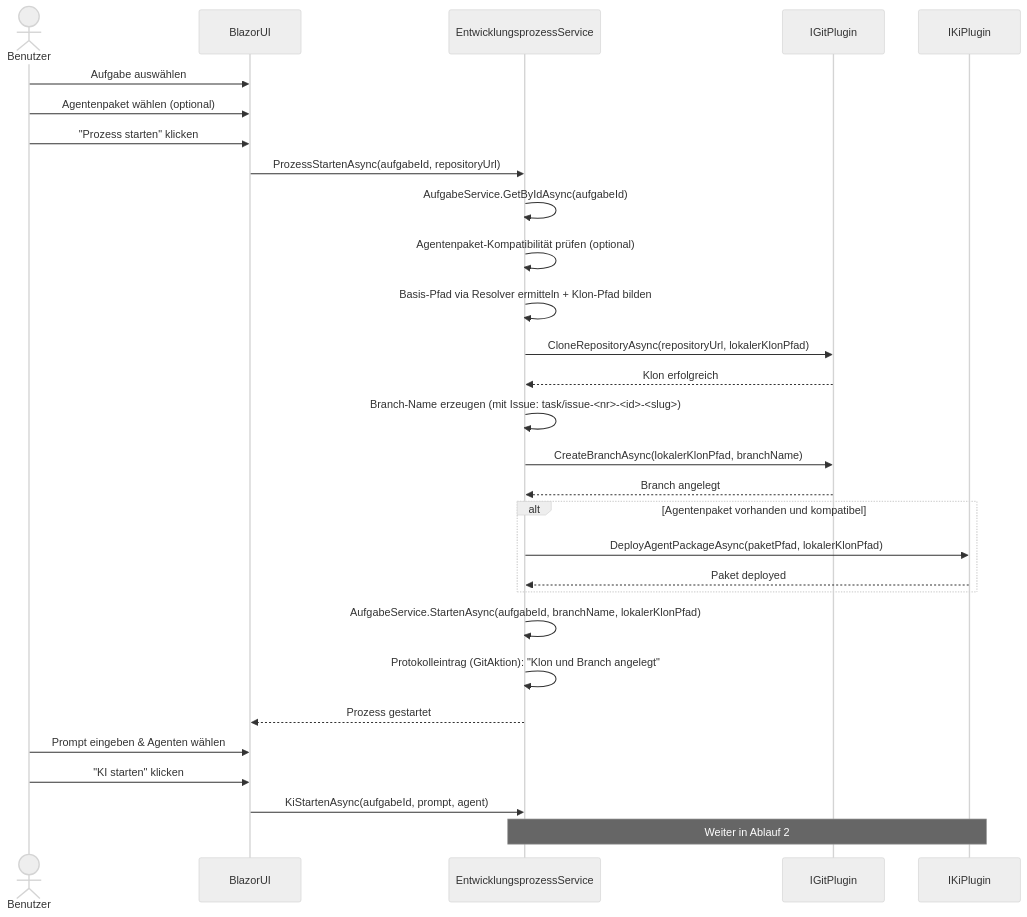
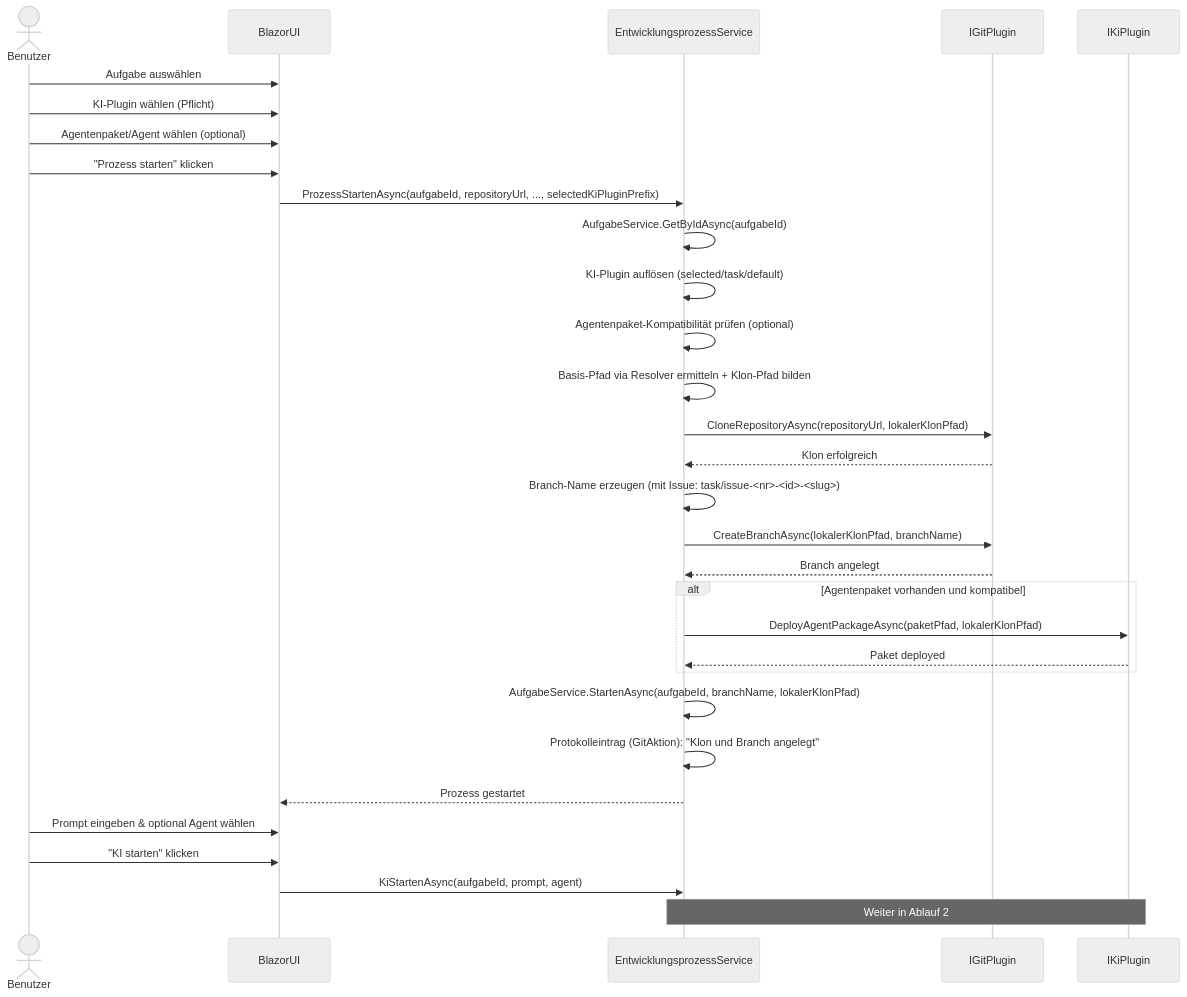
Before and after one commit to martin-stromberg/Softwareschmiede: the first of 8 diagrams in docs/flows/development-process-flow.md, drawn with Mermaid (neutral theme). The commit also changed other lines of this file and 28 other files, not shown here.

````diff
--- a/docs/flows/development-process-flow.md
+++ b/docs/flows/development-process-flow.md
@@ -30,36 +30,38 @@
 ```mermaid
 sequenceDiagram
     actor Benutzer
     participant BlazorUI
     participant EntwicklungsprozessService
     participant IGitPlugin
     participant IKiPlugin
 
     Benutzer->>BlazorUI: Aufgabe auswählen
-    Benutzer->>BlazorUI: Agentenpaket wählen (optional)
+    Benutzer->>BlazorUI: KI-Plugin wählen (Pflicht)
+    Benutzer->>BlazorUI: Agentenpaket/Agent wählen (optional)
     Benutzer->>BlazorUI: "Prozess starten" klicken
 
-    BlazorUI->>EntwicklungsprozessService: ProzessStartenAsync(aufgabeId, repositoryUrl)
+    BlazorUI->>EntwicklungsprozessService: ProzessStartenAsync(aufgabeId, repositoryUrl, ..., selectedKiPluginPrefix)
     EntwicklungsprozessService->>EntwicklungsprozessService: AufgabeService.GetByIdAsync(aufgabeId)
+    EntwicklungsprozessService->>EntwicklungsprozessService: KI-Plugin auflösen (selected/task/default)
     EntwicklungsprozessService->>EntwicklungsprozessService: Agentenpaket-Kompatibilität prüfen (optional)
     EntwicklungsprozessService->>EntwicklungsprozessService: Basis-Pfad via Resolver ermitteln + Klon-Pfad bilden
     EntwicklungsprozessService->>IGitPlugin: CloneRepositoryAsync(repositoryUrl, lokalerKlonPfad)
     IGitPlugin-->>EntwicklungsprozessService: Klon erfolgreich
     EntwicklungsprozessService->>EntwicklungsprozessService: Branch-Name erzeugen (mit Issue: task/issue-<nr>-<id>-<slug>)
     EntwicklungsprozessService->>IGitPlugin: CreateBranchAsync(lokalerKlonPfad, branchName)
     IGitPlugin-->>EntwicklungsprozessService: Branch angelegt
 
     alt Agentenpaket vorhanden und kompatibel
         EntwicklungsprozessService->>IKiPlugin: DeployAgentPackageAsync(paketPfad, lokalerKlonPfad)
         IKiPlugin-->>EntwicklungsprozessService: Paket deployed
     end
 
     EntwicklungsprozessService->>EntwicklungsprozessService: AufgabeService.StartenAsync(aufgabeId, branchName, lokalerKlonPfad)
     EntwicklungsprozessService->>EntwicklungsprozessService: Protokolleintrag (GitAktion): "Klon und Branch angelegt"
     EntwicklungsprozessService-->>BlazorUI: Prozess gestartet
 
-    Benutzer->>BlazorUI: Prompt eingeben & Agenten wählen
+    Benutzer->>BlazorUI: Prompt eingeben & optional Agent wählen
     Benutzer->>BlazorUI: "KI starten" klicken
     BlazorUI->>EntwicklungsprozessService: KiStartenAsync(aufgabeId, prompt, agent)
     Note over EntwicklungsprozessService,IKiPlugin: Weiter in Ablauf 2
 ```
````
